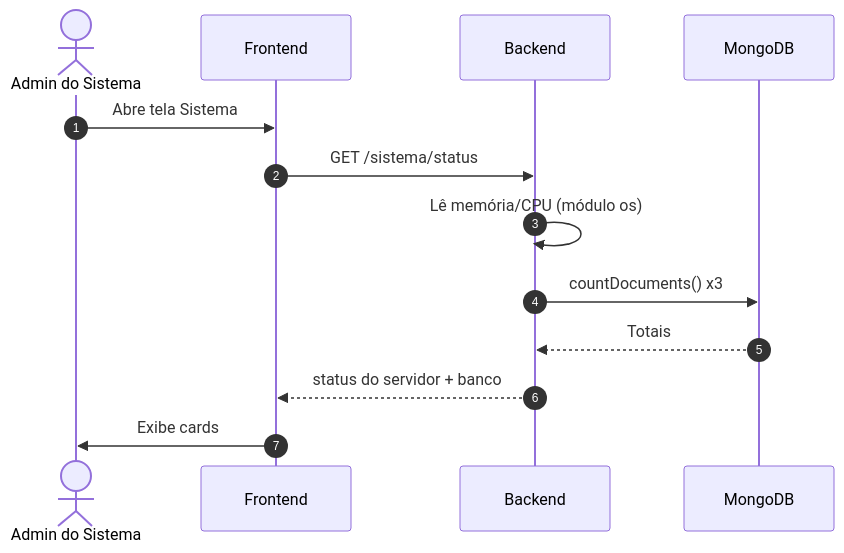
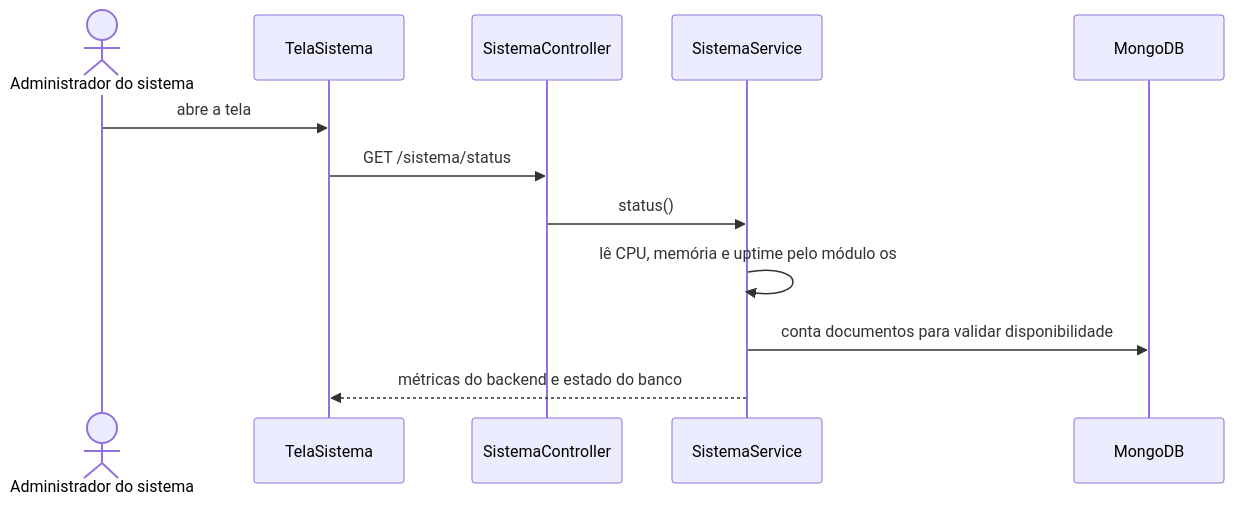
Before and after one commit to Conecta-IFSP/DOCUMENTATION: the first of 4 diagrams in 2 - Incremento1/informacao-sistemas/6 - diagramas-sequencia-sistema.md, drawn with Mermaid. The commit also changed other lines of this file and 43 other files, not shown here.

````diff
--- a/2 - Incremento1/informacao-sistemas/6 - diagramas-sequencia-sistema.md
+++ b/2 - Incremento1/informacao-sistemas/6 - diagramas-sequencia-sistema.md
@@ -5,16 +7,14 @@
 ```mermaid
 sequenceDiagram
-    autonumber
-    actor Admin as Admin do Sistema
-    participant Front as Frontend
-    participant API as Backend
+    actor A as Administrador do sistema
+    participant T as TelaSistema
+    participant C as SistemaController
+    participant S as SistemaService
     participant DB as MongoDB
-
-    Admin->>Front: Abre tela Sistema
-    Front->>API: GET /sistema/status
-    API->>API: Lê memória/CPU (módulo os)
-    API->>DB: countDocuments() x3
-    DB-->>API: Totais
-    API-->>Front: status do servidor + banco
-    Front->>Admin: Exibe cards
+    A->>T: abre a tela
+    T->>C: GET /sistema/status
+    C->>S: status()
+    S->>S: lê CPU, memória e uptime pelo módulo os
+    S->>DB: conta documentos para validar disponibilidade
+    S-->>T: métricas do backend e estado do banco
 ```
````
